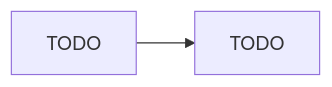
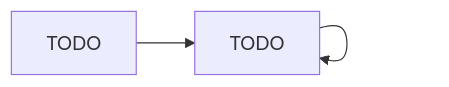
One commit to Angy-JORDs/2026-2027-rouen-portfolio-les-apprentis changed the second of 2 diagrams in ARCHITECTURE.md. Above: the diagram before and after it, drawn with Mermaid.

````diff
--- a/ARCHITECTURE.md
+++ b/ARCHITECTURE.md
@@ -149,5 +149,5 @@
 ```mermaid
 graph LR
     %% TODO : vos nœuds et relations orientées, ex. (Candidat)-[:A_REALISE]->(Projet)-[:UTILISE]->(Competence)-[:APPARTIENT_A]->(Domaine)
-    A[TODO] --> B[TODO]
+    A[TODO] --> B[TODO] --> B[TODO]
 ```
````
